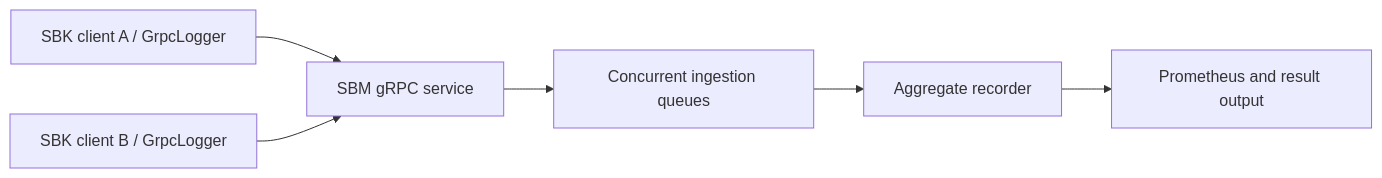
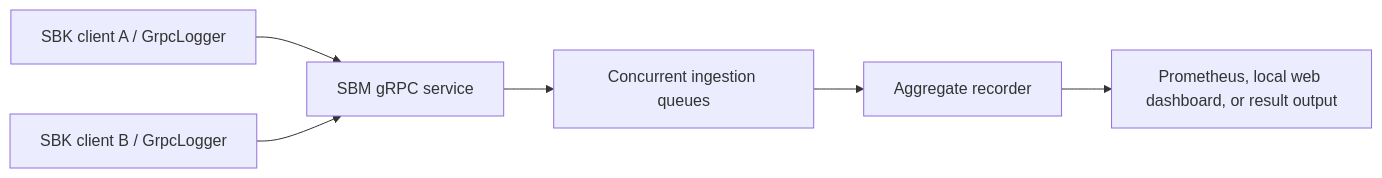
One commit to kmgowda/SBK changed the diagram in sbm/README.md. Above: the diagram before and after it, drawn with Mermaid. The commit also changed other lines of this file and 20 other files, not shown here.

Commit message:
Add local live web dashboard

````diff
--- a/sbm/README.md
+++ b/sbm/README.md
@@ -25,8 +25,8 @@
 ```mermaid
 flowchart LR
     A[SBK client A / GrpcLogger] --> G[SBM gRPC service]
     B[SBK client B / GrpcLogger] --> G
     G --> Q[Concurrent ingestion queues]
     Q --> R[Aggregate recorder]
-    R --> O[Prometheus and result output]
+    R --> O[Prometheus, local web dashboard, or result output]
 ```
````
